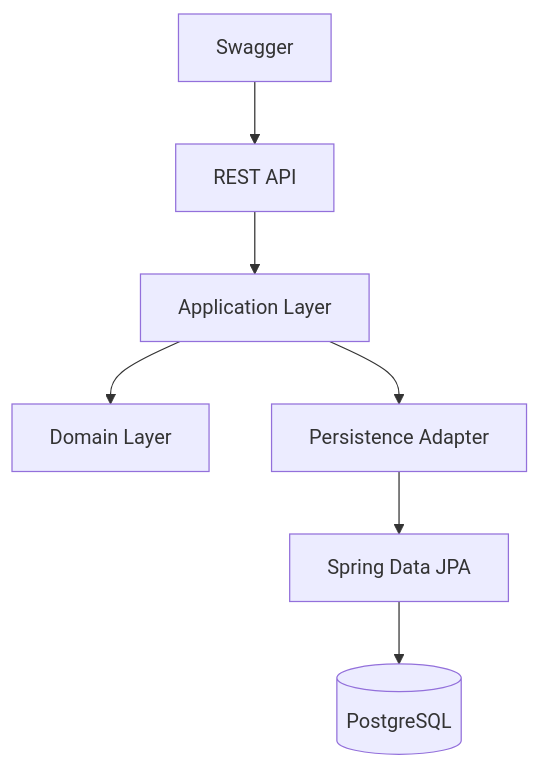
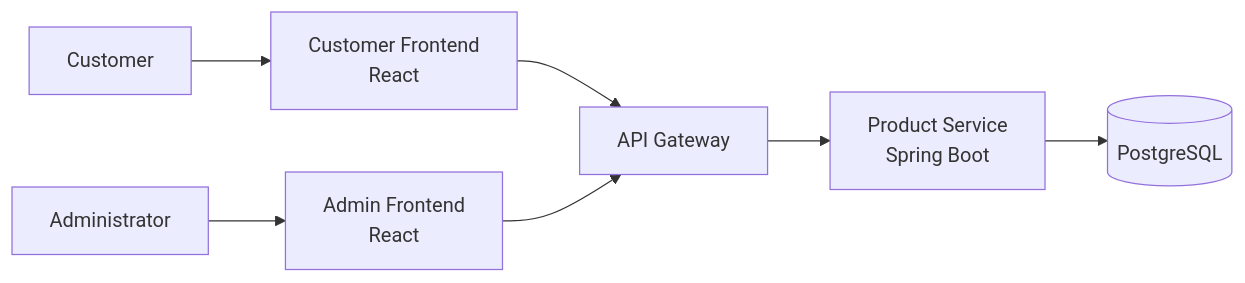
One commit to oliversantos573/ai-commerce-product-service changed the diagram in docs/c4/C2-Container.md. Above: the diagram before and after it, drawn with Mermaid. The commit also changed other lines of this file and 37 other files, not shown here.

````diff
--- a/docs/c4/C2-Container.md
+++ b/docs/c4/C2-Container.md
@@ -3,29 +69,29 @@
 ```mermaid
-flowchart TB
+flowchart LR
 
-API["REST API"]
+Customer["Customer"]
 
-Application["Application Layer"]
+Administrator["Administrator"]
 
-Domain["Domain Layer"]
+CustomerFrontend["Customer Frontend\nReact"]
 
-Persistence["Persistence Adapter"]
+AdminFrontend["Admin Frontend\nReact"]
 
-Repository["Spring Data JPA"]
+Gateway["API Gateway"]
+
+ProductService["Product Service\nSpring Boot"]
 
 Database[("PostgreSQL")]
 
-Swagger["Swagger"]
+Customer --> CustomerFrontend
 
-API --> Application
+Administrator --> AdminFrontend
 
-Application --> Domain
+CustomerFrontend --> Gateway
 
-Application --> Persistence
+AdminFrontend --> Gateway
 
-Persistence --> Repository
+Gateway --> ProductService
 
-Repository --> Database
-
-Swagger --> API
+ProductService --> Database
 ```
````
